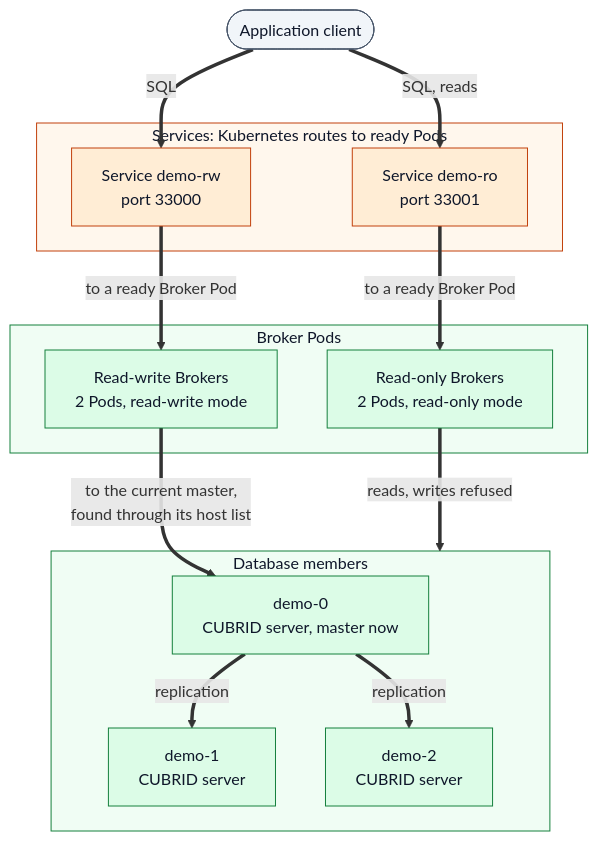
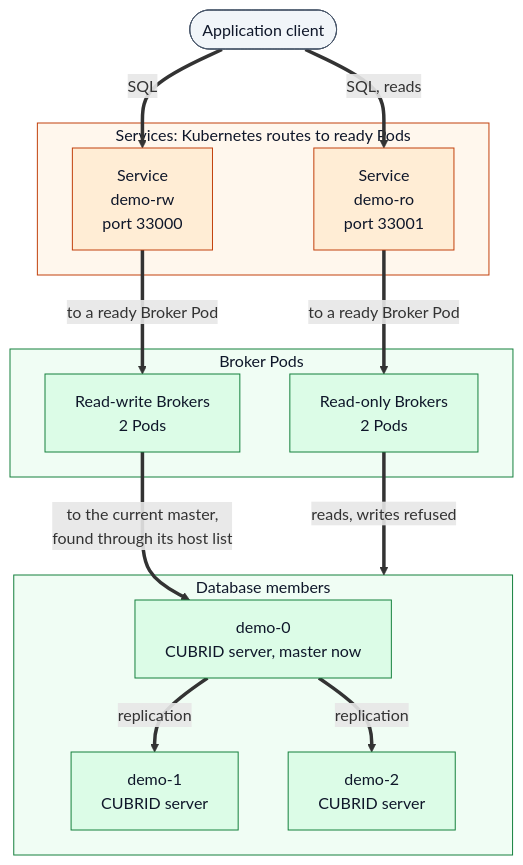
The first of 2 diagrams in docs/architecture/data-path.md (cubrid-lab/cubrid-kubernetes-operator), drawn with Mermaid before and after one commit. The commit also changed 3 other files, not shown here.

Commit message:
docs(architecture): narrow the sequence diagrams and keep member order

````diff
--- a/docs/architecture/data-path.md
+++ b/docs/architecture/data-path.md
@@ -25,38 +25,38 @@
 ```mermaid
 flowchart TB
     client(["Application client"]):::ext
 
     subgraph svc["Services: Kubernetes routes to ready Pods"]
-        rw["Service demo-rw<br/>port 33000"]:::op
-        ro["Service demo-ro<br/>port 33001"]:::op
+        rw["Service<br/>demo-rw<br/>port 33000"]:::op
+        ro["Service<br/>demo-ro<br/>port 33001"]:::op
     end
 
     subgraph brokers["Broker Pods"]
-        brw["Read-write Brokers<br/>2 Pods, read-write mode"]:::cubrid
-        bro["Read-only Brokers<br/>2 Pods, read-only mode"]:::cubrid
+        brw["Read-write Brokers<br/>2 Pods"]:::cubrid
+        bro["Read-only Brokers<br/>2 Pods"]:::cubrid
     end
 
     subgraph members["Database members"]
         m0["demo-0<br/>CUBRID server, master now"]:::cubrid
         m1["demo-1<br/>CUBRID server"]:::cubrid
         m2["demo-2<br/>CUBRID server"]:::cubrid
     end
 
     client == "SQL" ==> rw
     client == "SQL, reads" ==> ro
     rw == "to a ready Broker Pod" ==> brw
     ro == "to a ready Broker Pod" ==> bro
     brw == "to the current master,<br/>found through its host list" ==> m0
     bro == "reads, writes refused" ==> members
     m0 == "replication" ==> m1
     m0 == "replication" ==> m2
 
     classDef k8s fill:#dbeafe,stroke:#1d4ed8,color:#0f172a
     classDef op fill:#ffedd5,stroke:#c2410c,color:#0f172a
     classDef cubrid fill:#dcfce7,stroke:#15803d,color:#0f172a
     classDef ext fill:#f1f5f9,stroke:#475569,color:#0f172a
 
     style svc fill:#fff7ed,stroke:#c2410c,color:#0f172a
     style brokers fill:#f0fdf4,stroke:#15803d,color:#0f172a
     style members fill:#f0fdf4,stroke:#15803d,color:#0f172a
 ```
````
